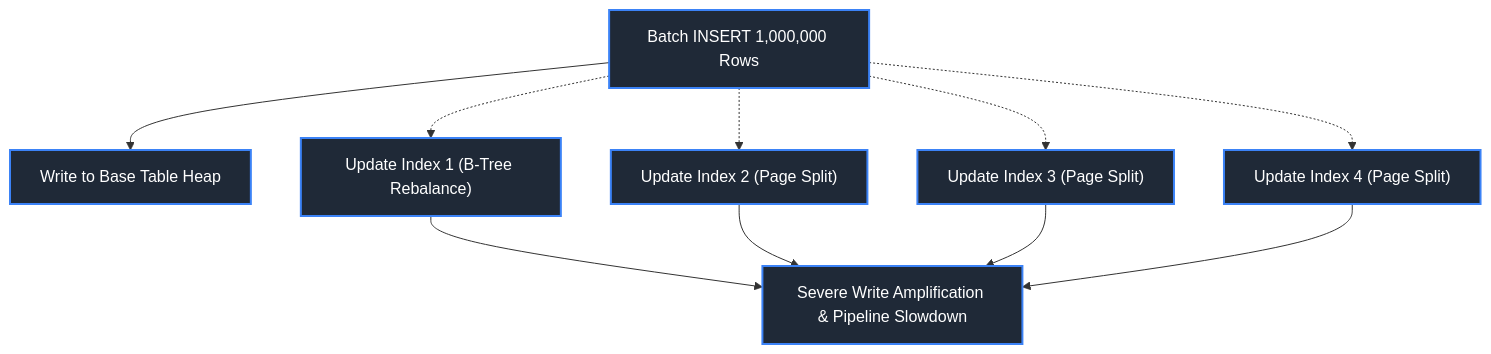
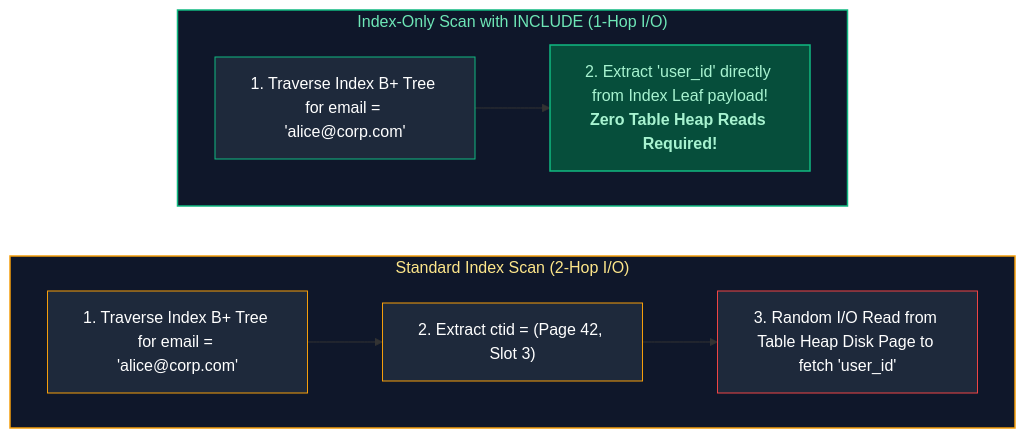
One commit to joydeep-biswas/Interview-Preparation changed diagram 13 of 23 in Data Engineering/04_database_internals_and_performance.md. Above: the diagram before and after it, drawn with Mermaid. The commit also changed other lines of this file and 143 other files, not shown here.

````diff
--- a/Data Engineering/04_database_internals_and_performance.md
+++ b/Data Engineering/04_database_internals_and_performance.md
@@ -912,19 +689,22 @@
 ```mermaid
-flowchart TD
-    Insert["Batch INSERT 1,000,000 Rows"]
-    Insert --> T["Write to Base Table Heap"]
-    Insert -.-> I1["Update Index 1 (B-Tree Rebalance)"]
-    Insert -.-> I2["Update Index 2 (Page Split)"]
-    Insert -.-> I3["Update Index 3 (Page Split)"]
-    Insert -.-> I4["Update Index 4 (Page Split)"]
-    
-    I1 & I2 & I3 & I4 --> Bottleneck["Severe Write Amplification & Pipeline Slowdown"]
+flowchart LR
+    subgraph TraditionalLookup ["Standard Index Scan (2-Hop I/O)"]
+        direction LR
+        I1["1. Traverse Index B+ Tree for email = 'alice@corp.com'"] --> H1["2. Extract ctid = (Page 42, Slot 3)"]
+        H1 --> T1["3. Random I/O Read from Table Heap Disk Page to fetch 'user_id'"]
+    end
 
-    style Insert fill:#1f2937,stroke:#3b82f6,stroke-width:2px,color:#fff
-    style T fill:#1f2937,stroke:#3b82f6,stroke-width:2px,color:#fff
-    style I1 fill:#1f2937,stroke:#3b82f6,stroke-width:2px,color:#fff
-    style I2 fill:#1f2937,stroke:#3b82f6,stroke-width:2px,color:#fff
-    style I3 fill:#1f2937,stroke:#3b82f6,stroke-width:2px,color:#fff
-    style I4 fill:#1f2937,stroke:#3b82f6,stroke-width:2px,color:#fff
-    style Bottleneck fill:#1f2937,stroke:#3b82f6,stroke-width:2px,color:#fff
+    subgraph IndexOnlyLookup ["Index-Only Scan with INCLUDE (1-Hop I/O)"]
+        direction LR
+        I2["1. Traverse Index B+ Tree for email = 'alice@corp.com'"]
+        I2 --> Extract["2. Extract 'user_id' directly from Index Leaf payload!<br/><b>Zero Table Heap Reads Required!</b>"]
+    end
+
+    style TraditionalLookup fill:#0f172a,stroke:#f59e0b,stroke-width:1.5px,color:#fde68a
+    style IndexOnlyLookup fill:#0f172a,stroke:#10b981,stroke-width:1.5px,color:#6ee7b7
+    style I1 fill:#1e293b,stroke:#f59e0b,stroke-width:1px,color:#fff
+    style H1 fill:#1e293b,stroke:#f59e0b,stroke-width:1px,color:#fff
+    style T1 fill:#1e293b,stroke:#ef4444,stroke-width:1px,color:#fff
+    style I2 fill:#1e293b,stroke:#10b981,stroke-width:1px,color:#fff
+    style Extract fill:#064e3b,stroke:#10b981,stroke-width:1.5px,color:#a7f3d0
 ```
````
